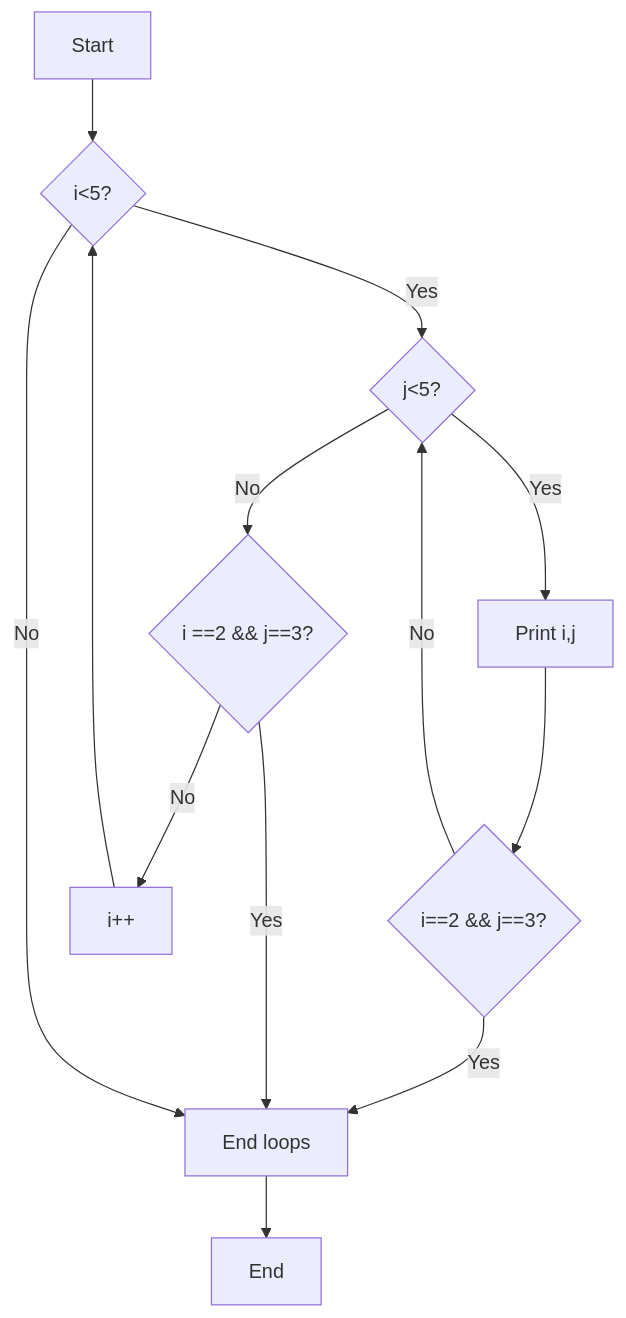
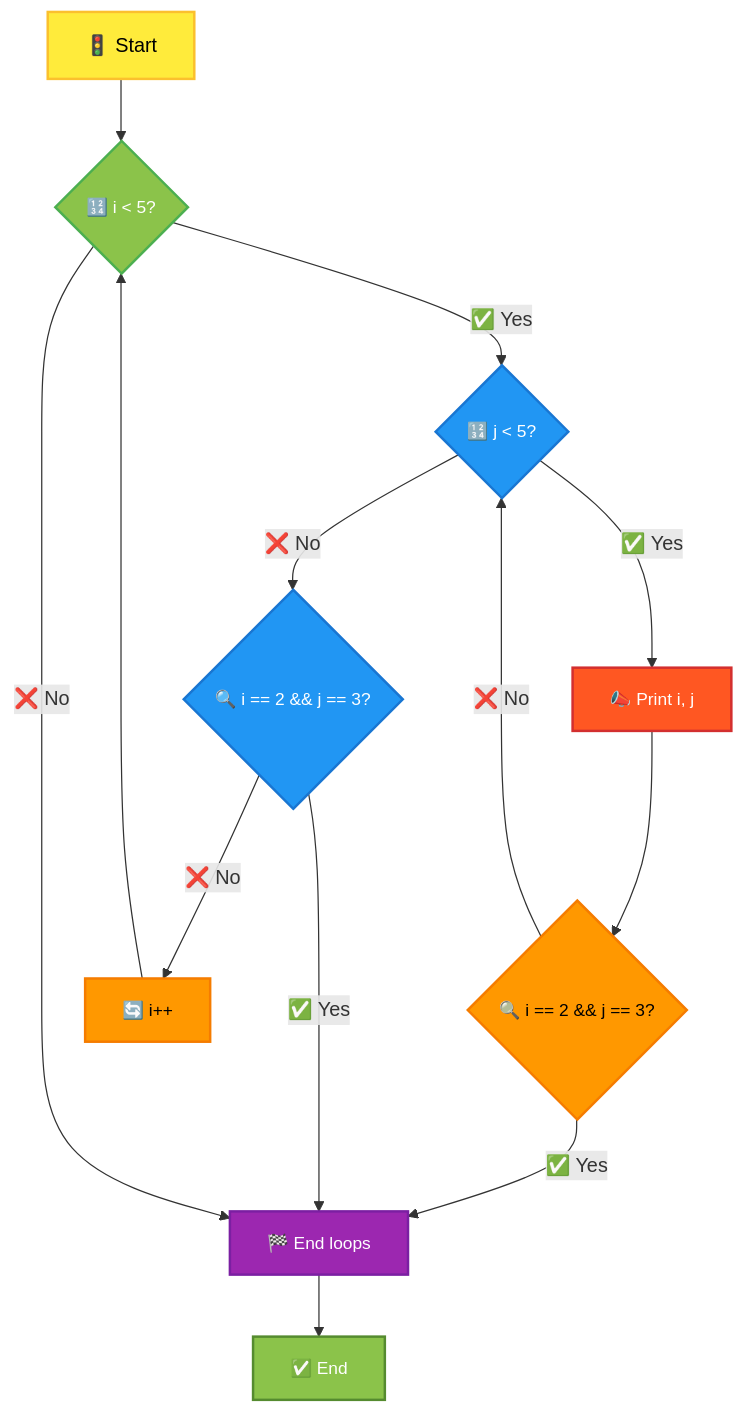
Before and after one commit to infoyouth/infoyouth.github.io: diagram 18 of 18 in _posts/2024-11-28-c-control-statements-decision-making.md, drawn with Mermaid. The commit also changed other lines of this file, not shown here.

````diff
--- a/_posts/2024-11-28-c-control-statements-decision-making.md
+++ b/_posts/2024-11-28-c-control-statements-decision-making.md
@@ -1738,16 +1995,27 @@
 ```mermaid
 graph TD
-A[Start] --> B{i<5?};
-B -- Yes --> C{j<5?};
-C -- Yes --> D[Print i,j];
-D --> E{i==2 && j==3?};
-E -- Yes --> F[break];
-E -- No --> C;
-C -- No --> H{i ==2 && j==3?};
-H -- Yes --> F
-H -- No --> I[i++]
-I --> B;
-B -- No --> F;
-F[End loops] --> G[End];
+    A[🚦 Start] --> B{🔢 i < 5?};
+    B -- ✅ Yes --> C{🔢 j < 5?};
+    C -- ✅ Yes --> D[📣 Print i, j];
+    D --> E{🔍 i == 2 && j == 3?};
+    E -- ✅ Yes --> F[⛔ Break];
+    E -- ❌ No --> C;
+    C -- ❌ No --> H{🔍 i == 2 && j == 3?};
+    H -- ✅ Yes --> F;
+    H -- ❌ No --> I[🔄 i++];
+    I --> B;
+    B -- ❌ No --> F;
+    F[🏁 End loops] --> G[✅ End];
+
+    style A fill:#FFEB3B,stroke:#FBC02D,stroke-width:2px,color:#000000,font-size:16px
+    style B fill:#8BC34A,stroke:#4CAF50,stroke-width:2px,color:#FFFFFF,font-size:14px
+    style C fill:#2196F3,stroke:#1976D2,stroke-width:2px,color:#FFFFFF,font-size:14px
+    style D fill:#FF5722,stroke:#D32F2F,stroke-width:2px,color:#FFFFFF,font-size:14px
+    style E fill:#FF9800,stroke:#F57C00,stroke-width:2px,color:#000000,font-size:14px
+    style F fill:#9C27B0,stroke:#7B1FA2,stroke-width:2px,color:#FFFFFF,font-size:14px
+    style H fill:#2196F3,stroke:#1976D2,stroke-width:2px,color:#FFFFFF,font-size:14px
+    style I fill:#FF9800,stroke:#F57C00,stroke-width:2px,color:#000000,font-size:14px
+    style G fill:#8BC34A,stroke:#558B2F,stroke-width:2px,color:#FFFFFF,font-size:14px
+
 
 ```
````
